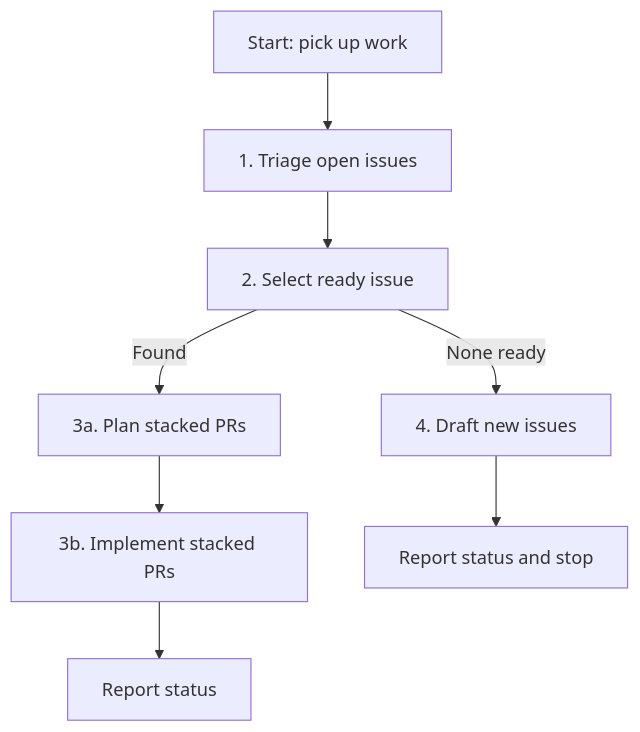
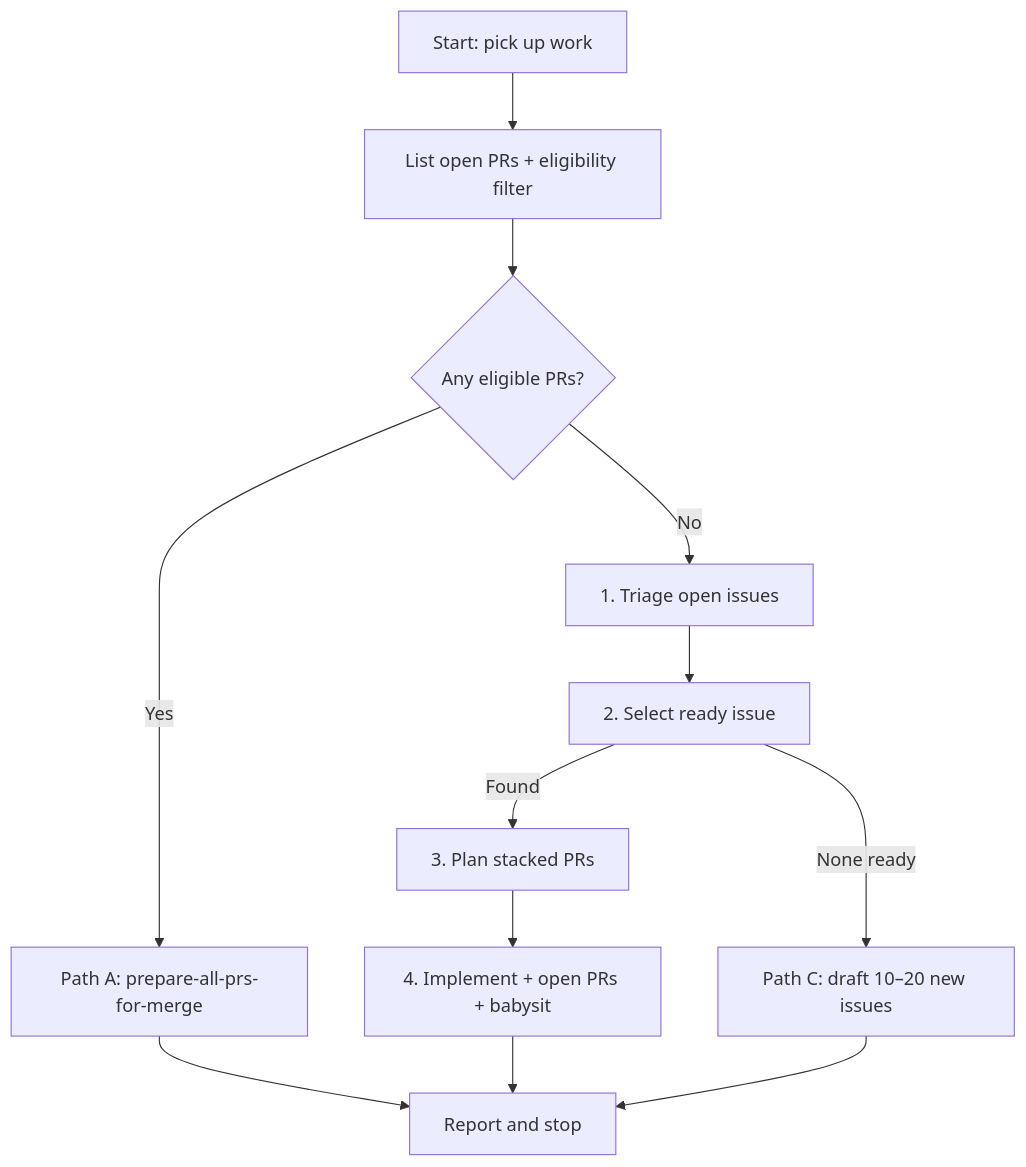
Before and after one commit to toadslop/rtl88x2bu-linux-driver: the diagram in .cursor/skills/pick-up-work-item/SKILL.md, drawn with Mermaid. The commit also changed other lines of this file and 7 other files, not shown here.

Commit message:
Add prepare-all-prs skill; three-path pick-up-work-item workflow (#293)

````diff
--- a/.cursor/skills/pick-up-work-item/SKILL.md
+++ b/.cursor/skills/pick-up-work-item/SKILL.md
@@ -43,10 +60,14 @@
 ```mermaid
 flowchart TD
-  A[Start: pick up work] --> B[1. Triage open issues]
-  B --> C[2. Select ready issue]
-  C -->|Found| D[3a. Plan stacked PRs]
-  D --> E[3b. Implement stacked PRs]
-  C -->|None ready| F[4. Draft new issues]
-  E --> G[Report status]
-  F --> H[Report status and stop]
+  A[Start: pick up work] --> B[List open PRs + eligibility filter]
+  B --> C{Any eligible PRs?}
+  C -->|Yes| D[Path A: prepare-all-prs-for-merge]
+  D --> Z[Report and stop]
+  C -->|No| E[1. Triage open issues]
+  E --> F[2. Select ready issue]
+  F -->|Found| G[3. Plan stacked PRs]
+  G --> H[4. Implement + open PRs + babysit]
+  H --> Z
+  F -->|None ready| I[Path C: draft 10–20 new issues]
+  I --> Z
 ```
````
